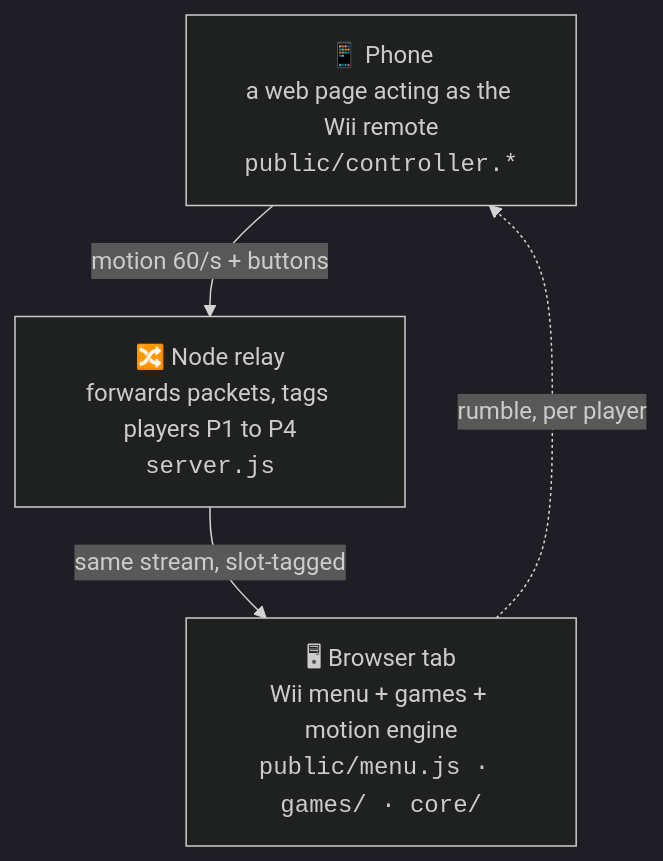
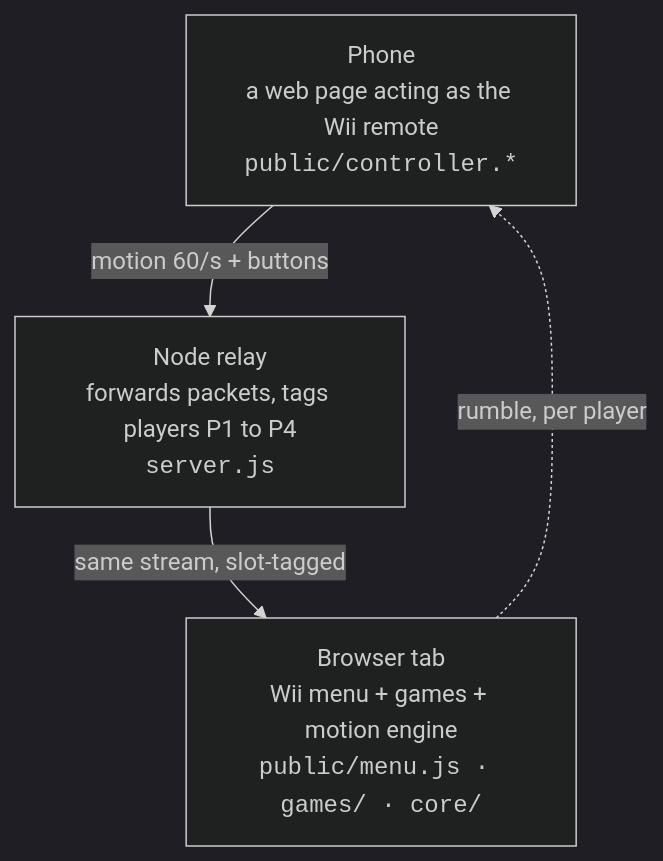
Before and after one commit to utachicodes/senwii: the diagram in README.md, drawn with Mermaid (dark theme). The commit also changed other lines of this file and 7 other files, not shown here.

````diff
--- a/README.md
+++ b/README.md
@@ -81,9 +73,9 @@
 ```mermaid
 flowchart TD
-    phone["📱 Phone<br/>a web page acting as the Wii remote<br/><code>public/controller.*</code>"]
-    relay["🔀 Node relay<br/>forwards packets, tags players P1 to P4<br/><code>server.js</code>"]
-    browser["🖥 Browser tab<br/>Wii menu + games + motion engine<br/><code>public/menu.js · games/ · core/</code>"]
+    phone["Phone<br/>a web page acting as the Wii remote<br/><code>public/controller.*</code>"]
+    relay["Node relay<br/>forwards packets, tags players P1 to P4<br/><code>server.js</code>"]
+    browser["Browser tab<br/>Wii menu + games + motion engine<br/><code>public/menu.js · games/ · core/</code>"]
     phone -- "motion 60/s + buttons" --> relay
     relay -- "same stream, slot-tagged" --> browser
     browser -. "rumble, per player" .-> phone
 ```
````
